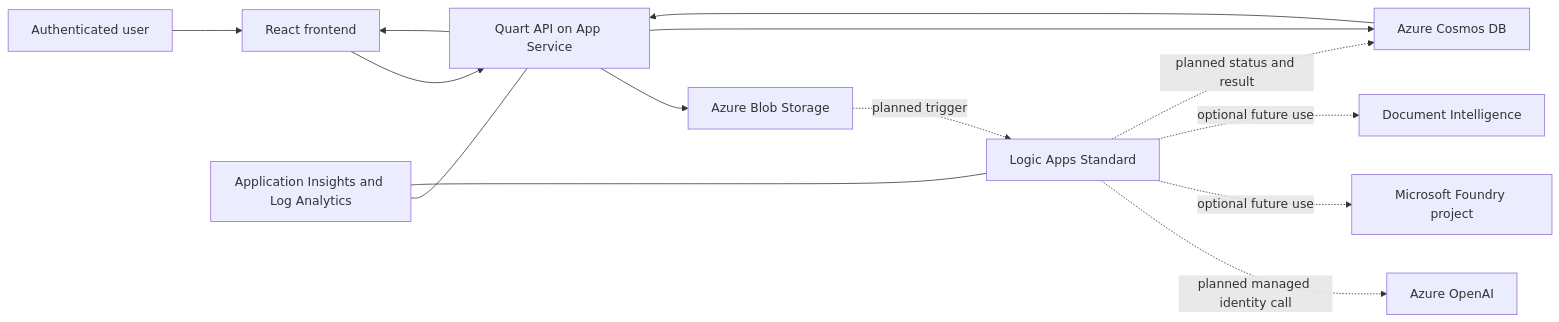
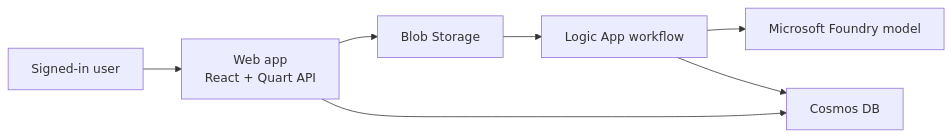
Before and after one commit to lucusc/ai-solution-starter: the diagram in README.md, drawn with Mermaid. The commit also changed other lines of this file and 101 other files, not shown here.

````diff
--- a/README.md
+++ b/README.md
@@ -26,16 +10,9 @@
 ```mermaid
 flowchart LR
-    User[Authenticated user] --> Web[React frontend]
-    Web --> API[Quart API on App Service]
-    API --> Blob[Azure Blob Storage]
-    API --> Cosmos[Azure Cosmos DB]
-    Blob -. planned trigger .-> Logic[Logic Apps Standard]
-    Logic -. planned managed identity call .-> OpenAI[Azure OpenAI]
-    Logic -. optional future use .-> Foundry[Microsoft Foundry project]
-    Logic -. optional future use .-> DocIntel[Document Intelligence]
-    Logic -. planned status and result .-> Cosmos
-    Cosmos --> API
-    API --> Web
-    Monitor[Application Insights and Log Analytics] --- API
-    Monitor --- Logic
+    User[Signed-in user] --> Web[Web app<br/>React + Quart API]
+    Web --> Blob[Blob Storage]
+    Web --> Cosmos[Cosmos DB]
+    Blob --> Logic[Logic App workflow]
+    Logic --> AI[Microsoft Foundry model]
+    Logic --> Cosmos
 ```
````
